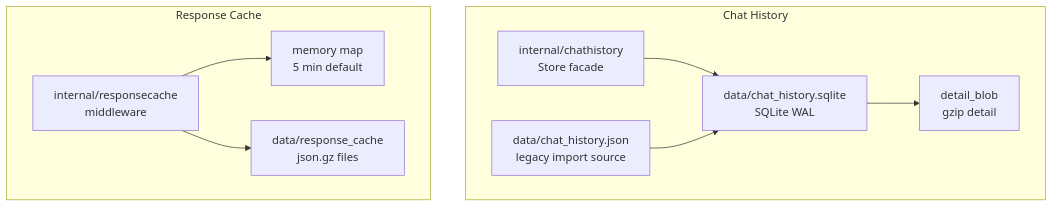
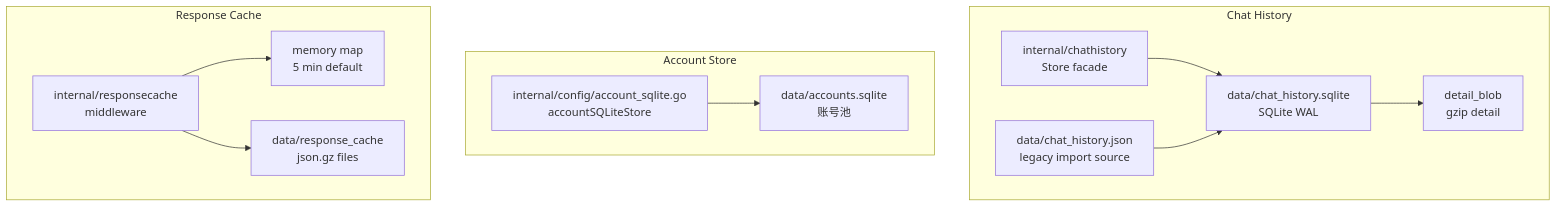
Before and after one commit to marklove5102/DeepSeek_Web_To_API: the first of 2 diagrams in docs/storage-cache.md, drawn with Mermaid. The commit also changed other lines of this file and 51 other files, not shown here.

````diff
--- a/docs/storage-cache.md
+++ b/docs/storage-cache.md
@@ -33,19 +34,24 @@
 ```mermaid
 graph TB
 subgraph "Chat History"
 STORE["internal/chathistory<br/>Store facade"]
 SQLITE["data/chat_history.sqlite<br/>SQLite WAL"]
 DETAIL["detail_blob<br/>gzip detail"]
 LEGACY["data/chat_history.json<br/>legacy import source"]
+end
+subgraph "Account Store"
+ACCDB["internal/config/account_sqlite.go<br/>accountSQLiteStore"]
+ACCSQL["data/accounts.sqlite<br/>账号池"]
 end
 subgraph "Response Cache"
 CACHE["internal/responsecache<br/>middleware"]
 MEM["memory map<br/>5 min default"]
 DISK["data/response_cache<br/>json.gz files"]
 end
 STORE --> SQLITE
 SQLITE --> DETAIL
 LEGACY --> SQLITE
+ACCDB --> ACCSQL
 CACHE --> MEM
 CACHE --> DISK
 ```
````
